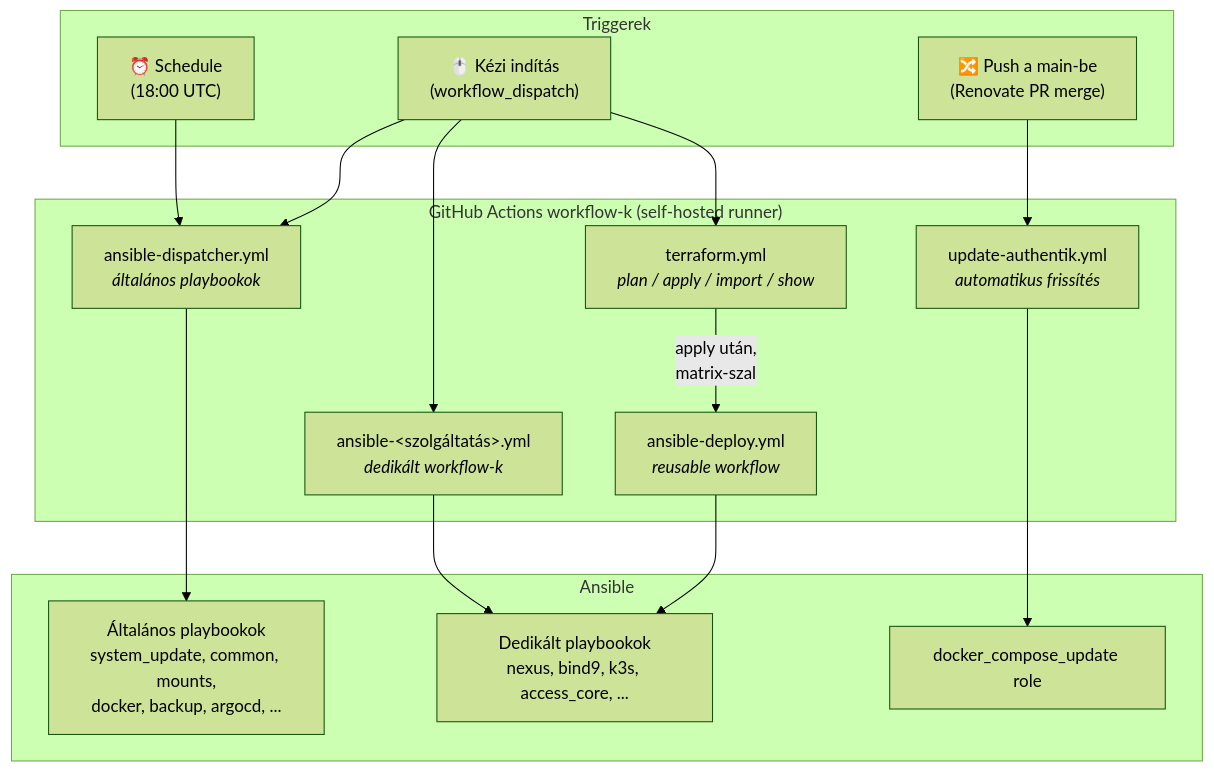
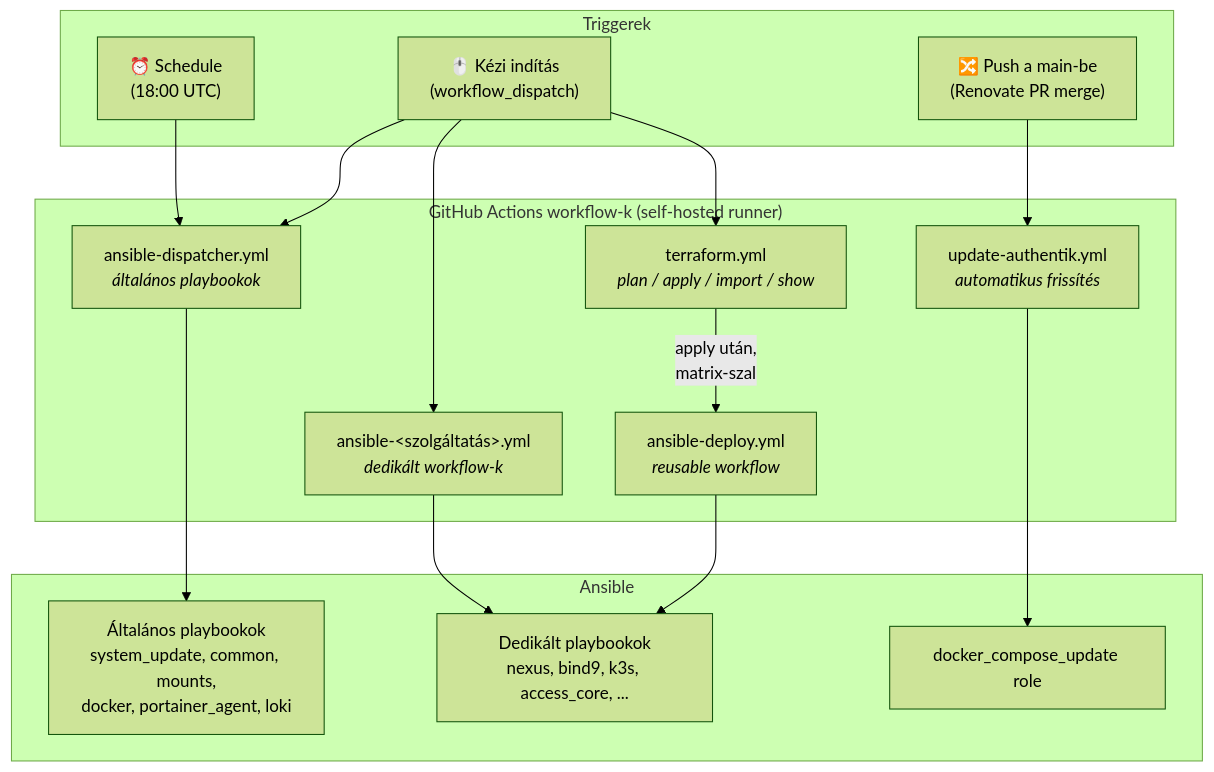
The first of 3 diagrams in 13-Infrastructure_as_Code_(IaC)/README_HU.md (torokrolf/homelab), drawn with Mermaid (forest theme) before and after one commit. The commit also changed other lines of this file, not shown here.

````diff
--- a/13-Infrastructure_as_Code_(IaC)/README_HU.md
+++ b/13-Infrastructure_as_Code_(IaC)/README_HU.md
@@ -247,34 +250,34 @@
 ```mermaid
 flowchart TD
     subgraph TRIG["Triggerek"]
         T1["⏰ Schedule<br/>(18:00 UTC)"]
         T2["🖱️ Kézi indítás<br/>(workflow_dispatch)"]
         T3["🔀 Push a main-be<br/>(Renovate PR merge)"]
     end
 
     subgraph WF["GitHub Actions workflow-k (self-hosted runner)"]
         D["ansible-dispatcher.yml<br/><i>általános playbookok</i>"]
         TF["terraform.yml<br/><i>plan / apply / import / show</i>"]
         DED["ansible-&lt;szolgáltatás&gt;.yml<br/><i>dedikált workflow-k</i>"]
         UPD["update-authentik.yml<br/><i>automatikus frissítés</i>"]
         REUSE["ansible-deploy.yml<br/><i>reusable workflow</i>"]
     end
 
     subgraph ANS["Ansible"]
-        GEN["Általános playbookok<br/>system_update, common, mounts,<br/>docker, backup, argocd, ..."]
+        GEN["Általános playbookok<br/>system_update, common, mounts,<br/>docker, portainer_agent, loki"]
         SPEC["Dedikált playbookok<br/>nexus, bind9, k3s, access_core, ..."]
         DCU["docker_compose_update role"]
     end
 
     T1 --> D
     T2 --> D
     T2 --> TF
     T2 --> DED
     T3 --> UPD
 
     D --> GEN
     DED --> SPEC
     UPD --> DCU
     TF -- "apply után,<br/>matrix-szal" --> REUSE
     REUSE --> SPEC
 ```
````
